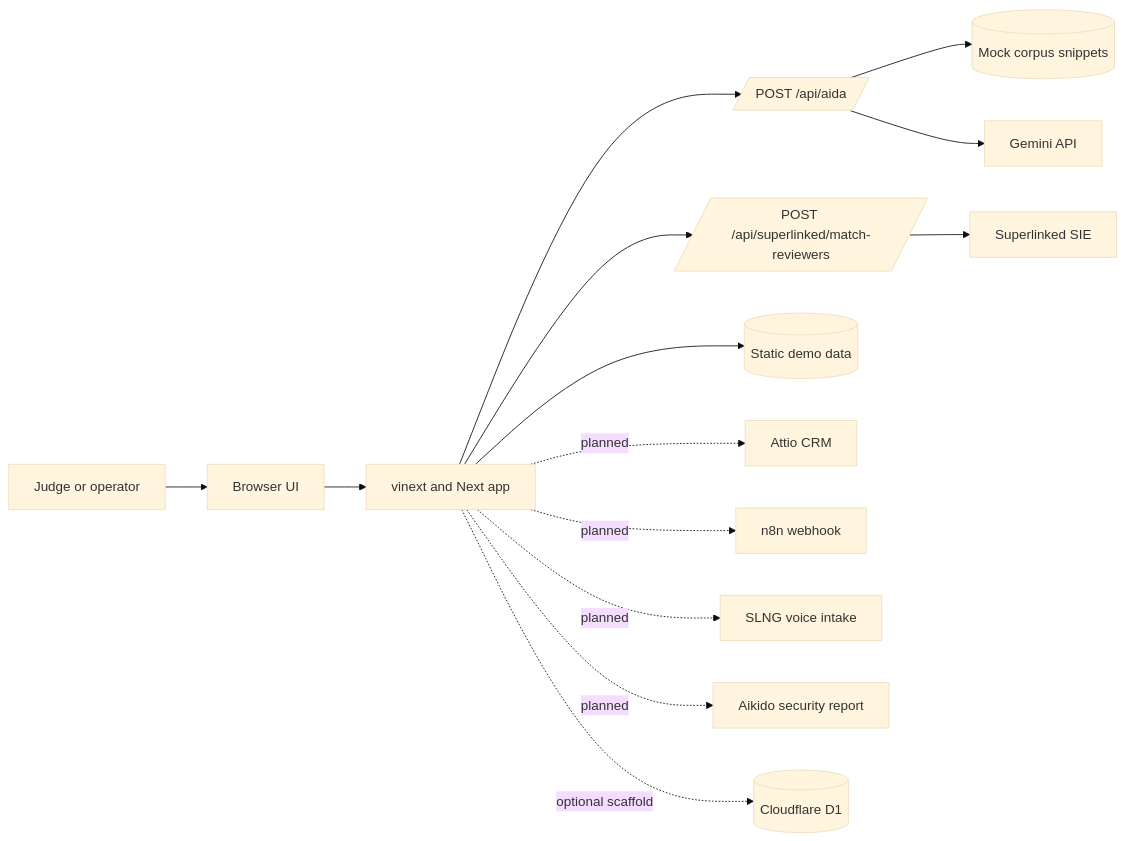
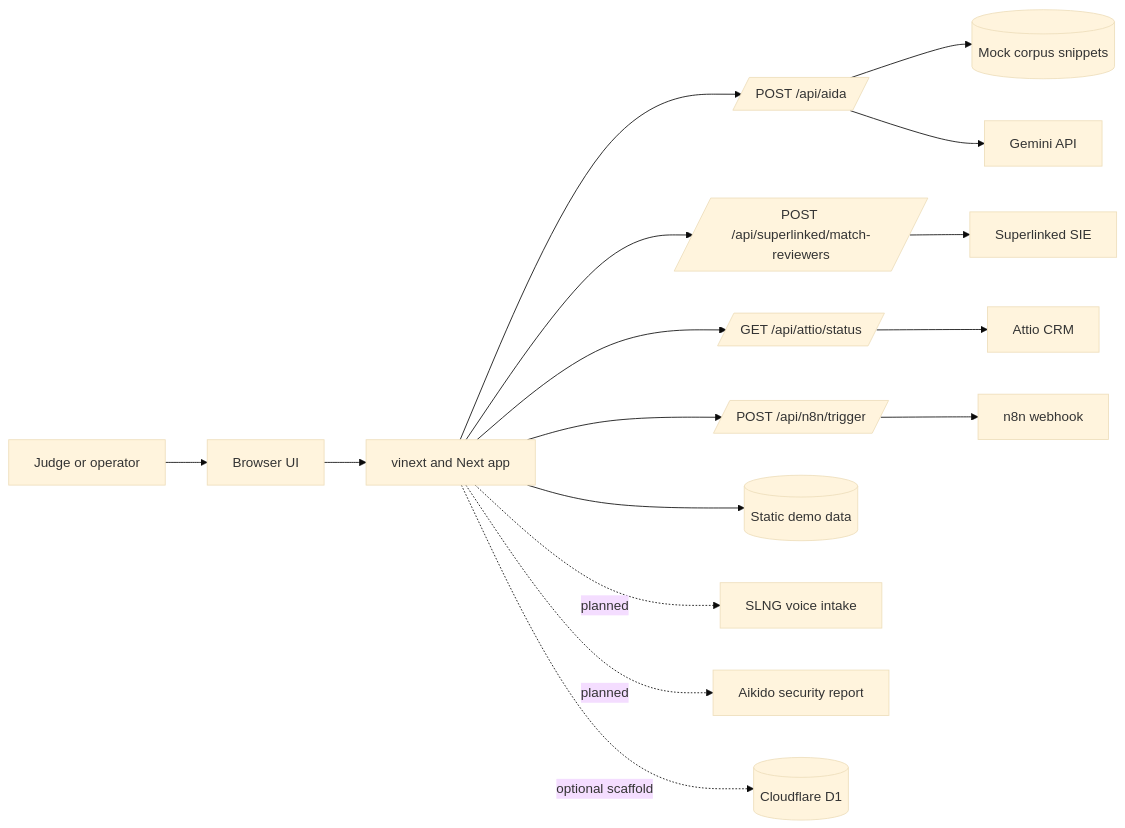
Before and after one commit to MasteraSnackin/Peerflow: the diagram in ARCHITECTURE.md, drawn with Mermaid (base theme). The commit also changed other lines of this file and 10 other files, not shown here.

````diff
--- a/ARCHITECTURE.md
+++ b/ARCHITECTURE.md
@@ -35,16 +35,18 @@
 ```mermaid
 flowchart LR
   Judge[Judge or operator] --> Browser[Browser UI]
   Browser --> App[vinext and Next app]
   App --> AidaRoute[/POST /api/aida/]
   App --> MatchRoute[/POST /api/superlinked/match-reviewers/]
+  App --> AttioRoute[/GET /api/attio/status/]
+  App --> N8nRoute[/POST /api/n8n/trigger/]
   App --> StaticData[(Static demo data)]
   AidaRoute --> Corpus[(Mock corpus snippets)]
   AidaRoute --> Gemini[Gemini API]
   MatchRoute --> SIE[Superlinked SIE]
-  App -. planned .-> Attio[Attio CRM]
-  App -. planned .-> N8N[n8n webhook]
+  AttioRoute --> Attio[Attio CRM]
+  N8nRoute --> N8N[n8n webhook]
   App -. planned .-> SLNG[SLNG voice intake]
   App -. planned .-> Aikido[Aikido security report]
   App -. optional scaffold .-> D1[(Cloudflare D1)]
 ```
````
